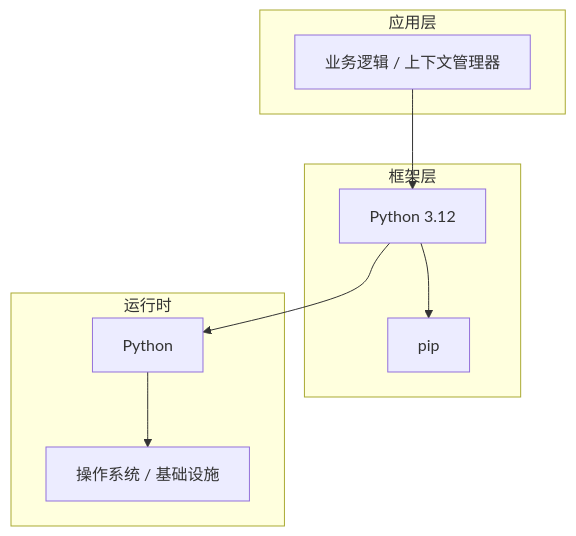
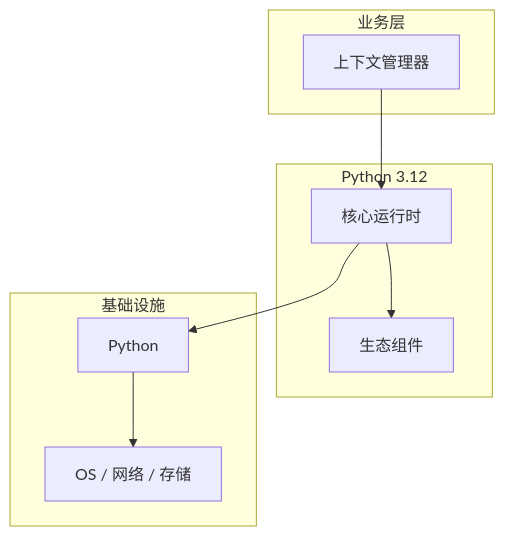
The diagram in articles/Python核心/chapters/136-上下文管理器核心概念与原理.md (yanggan2015/knowledge-json-v2), drawn with Mermaid before and after one commit. The commit also changed other lines of this file and 10127 other files, not shown here.

````diff
--- a/articles/Python核心/chapters/136-上下文管理器核心概念与原理.md
+++ b/articles/Python核心/chapters/136-上下文管理器核心概念与原理.md
@@ -45,18 +34,18 @@
 ```mermaid
 graph TB
-    subgraph 应用层
-        A[业务逻辑 / 上下文管理器]
+    subgraph 业务层
+        A[上下文管理器]
     end
-    subgraph 框架层
-        B[Python 3.12]
-        C[pip]
+    subgraph Python 3.12
+        B[核心运行时]
+        C[生态组件]
     end
-    subgraph 运行时
+    subgraph 基础设施
         D[Python]
-        E[操作系统 / 基础设施]
+        E[OS / 网络 / 存储]
     end
     A --> B
     B --> C
     B --> D
     D --> E
 ```
````
